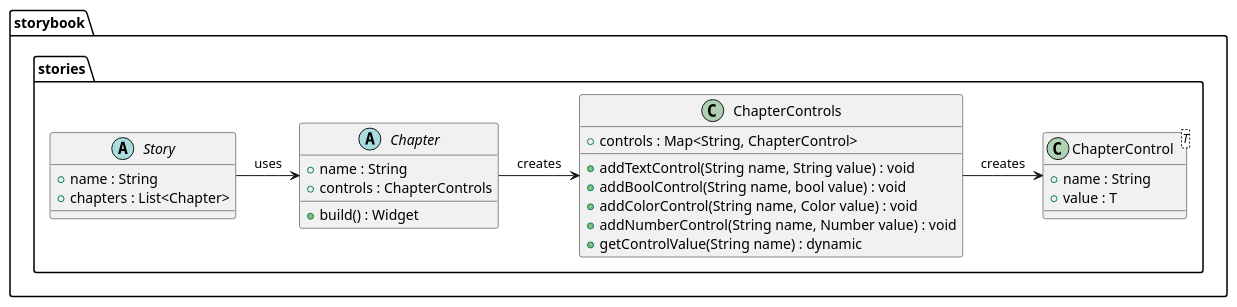
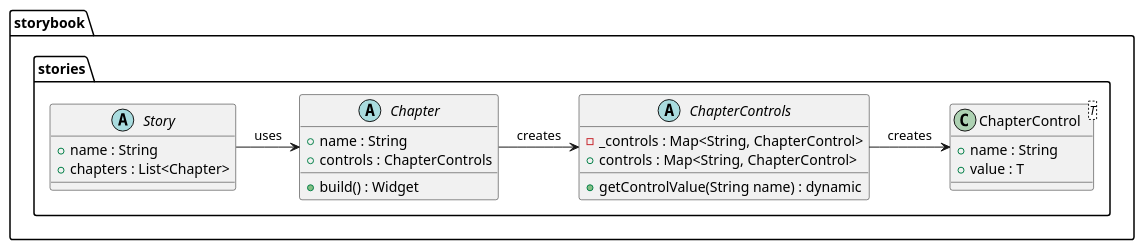
One commit to Flank/flank-dashboard changed the diagram in metrics/web/docs/features/storybook/diagrams/metrics_storybook_stories_class_diagram.puml. Above: the diagram before and after it, drawn with PlantUML. The commit also changed 2 other files, not shown here.

Commit message:
Improve docs and diagrams

```diff
--- a/metrics/web/docs/features/storybook/diagrams/metrics_storybook_stories_class_diagram.puml
+++ b/metrics/web/docs/features/storybook/diagrams/metrics_storybook_stories_class_diagram.puml
@@ -1,38 +1,35 @@
 @startuml metrics_storybook_class_diagram
 
 package storybook {
     package stories {
         abstract class Story {
             + name : String
             + chapters : List<Chapter>
         }
 
         abstract class Chapter {
             + name : String
             + controls : ChapterControls
 
             + build() : Widget
         }
 
-        class ChapterControls {
+        abstract class ChapterControls {
+            - _controls : Map<String, ChapterControl>
             + controls : Map<String, ChapterControl>
 
-            + addTextControl(String name, String value) : void
-            + addBoolControl(String name, bool value) : void
-            + addColorControl(String name, Color value) : void
-            + addNumberControl(String name, Number value) : void
             + getControlValue(String name) : dynamic
         }
 
         class ChapterControl<T> {
             + name : String
             + value : T
         }
     }
 }
 
 Story -right-> Chapter : uses
 Chapter -right-> ChapterControls : creates
 ChapterControls -> ChapterControl : creates
 
 @enduml
```
